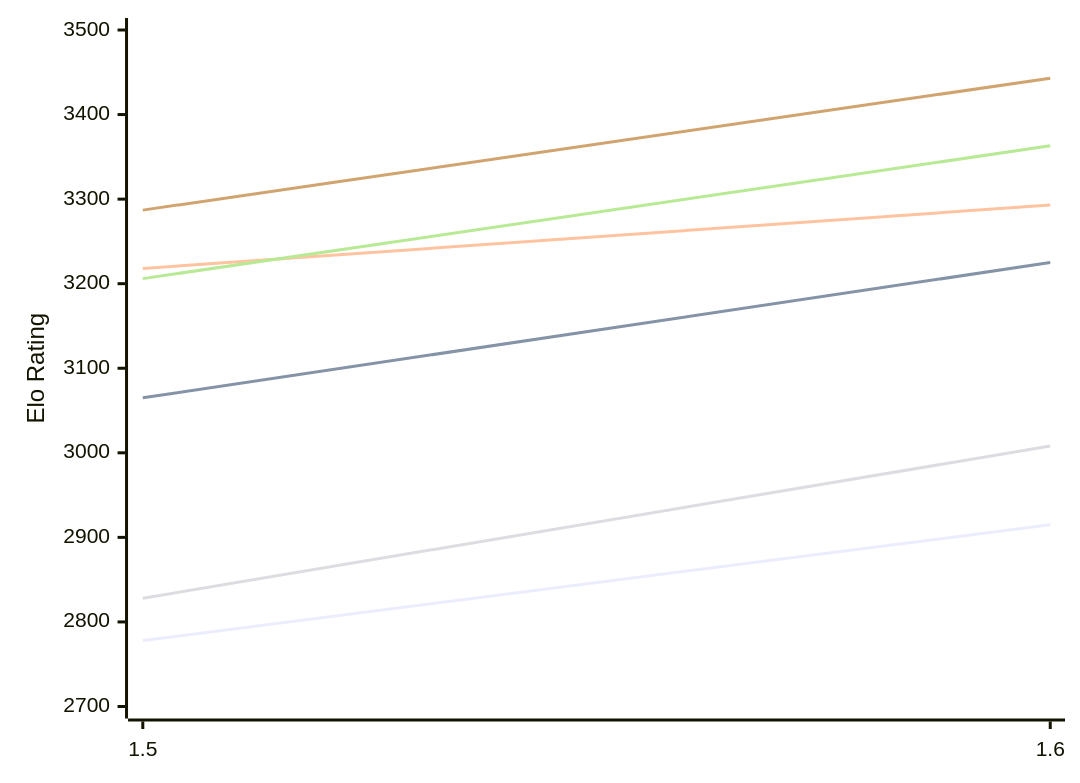
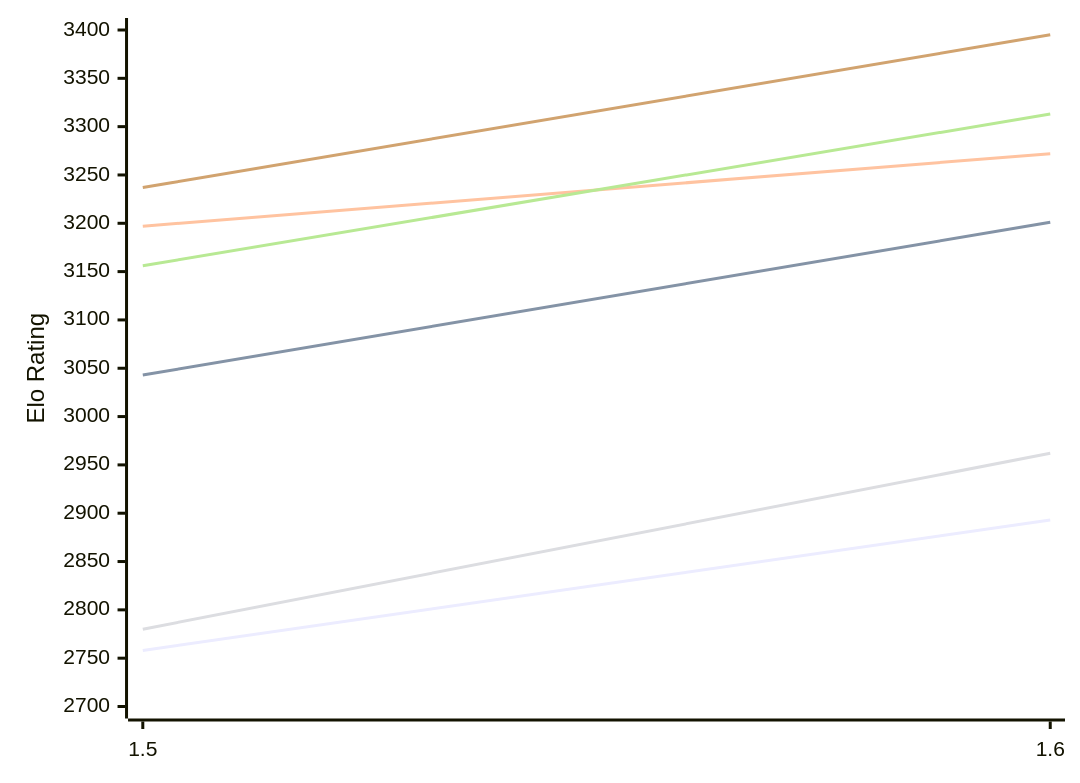
Before and after one commit to computer-chess-index/cci: the first of 2 diagrams in engines/Yakka.md, drawn with Mermaid. The commit also changed other lines of this file, not shown here.

Commit message:
Update CCI Ratings (ELO VLTC) - 2026-11-08

````diff
--- a/engines/Yakka.md
+++ b/engines/Yakka.md
@@ -51,12 +51,12 @@
 ```mermaid
 %%{init: {"theme":"base","themeVariables":{"seriesColors:['#a3a3a3','#222221','#faa371']}}}%%
 xychart-beta
   x-axis ["1.5", "1.6"]
-  y-axis "Elo Rating" 2700 --> 3500
-  line "E1: STC (8.0+0.08s)" [2778, 2915]
-  line "E1: LTC (60.0+0.60s)" [3065, 3225]
-  line "E1: VLTC (2m24s+1.12s)" [3218, 3293]
-  line "P1: STC (8.0+0.08s)" [2828, 3008]
-  line "P1: LTC (60.0+0.60s)" [3206, 3363]
-  line "P1: VLTC (2m24s+1.12s)" [3287, 3443]
+  y-axis "Elo Rating" 2700 --> 3400
+  line "E1: STC (8.0+0.08s)" [2758, 2893]
+  line "E1: LTC (60.0+0.60s)" [3043, 3201]
+  line "E1: VLTC (2m24s+1.12s)" [3197, 3272]
+  line "P1: STC (8.0+0.08s)" [2780, 2962]
+  line "P1: LTC (60.0+0.60s)" [3156, 3313]
+  line "P1: VLTC (2m24s+1.12s)" [3237, 3395]
 ```
````
